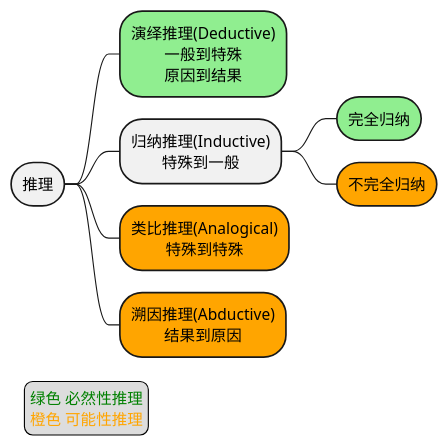
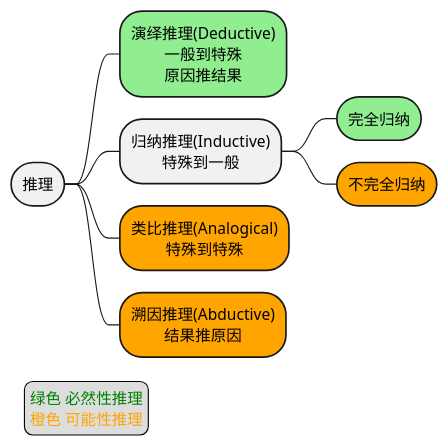
The first of 5 diagrams in source/_posts/logic/logic.md (holmofy/blog.hufeifei.cn), drawn with PlantUML before and after one commit.

````diff
--- a/source/_posts/logic/logic.md
+++ b/source/_posts/logic/logic.md
@@ -12,21 +12,21 @@
 ```plantuml
 @startmindmap
 <style>
 node {
     HorizontalAlignment center
     RoundCorner 40
 }
 </style>
 * 推理
-**[#LightGreen] 演绎推理(Deductive)\n一般到特殊\n原因到结果
+**[#LightGreen] 演绎推理(Deductive)\n一般到特殊\n原因推结果
 ** 归纳推理(Inductive)\n特殊到一般
 ***[#LightGreen] 完全归纳
 ***[#Orange] 不完全归纳
 **[#Orange] 类比推理(Analogical)\n特殊到特殊
-**[#Orange] 溯因推理(Abductive)\n结果到原因
+**[#Orange] 溯因推理(Abductive)\n结果推原因
 legend left
   <font color="green">绿色 必然性推理</font>
   <font color="orange">橙色 可能性推理</font>
 endlegend
 @endmindmap
 ```
````
